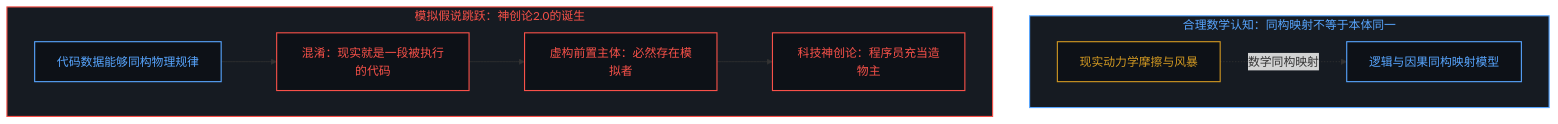
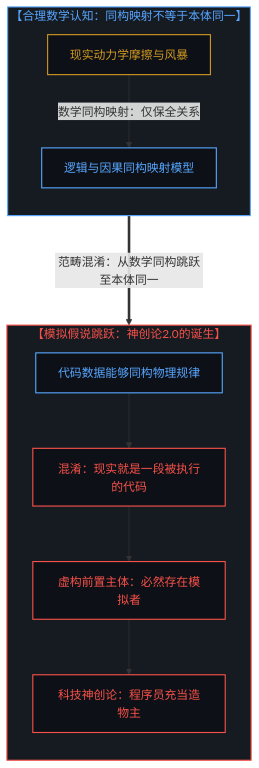
The third of 10 diagrams in content/posts/all-that-can-be-spoken-is-the-product-of-the-unspeakable.md (powerpig99/not-a-toe), drawn with Mermaid before and after one commit. The commit also changed other lines of this file and 1 other file, not shown here.

Commit message:
Convert Post #333 Mermaid diagrams to strictly vertical mobile-friendly top-down flow and add audit invariant

````diff
--- a/content/posts/all-that-can-be-spoken-is-the-product-of-the-unspeakable.md
+++ b/content/posts/all-that-can-be-spoken-is-the-product-of-the-unspeakable.md
@@ -83,25 +91,29 @@
 ```mermaid
 graph TD
     classDef default fill:#0d1117,stroke:#30363d,stroke-width:1px,color:#f0f6fc;
     classDef mind fill:#0d1117,stroke:#3fb950,stroke-width:1.5px,color:#3fb950;
     classDef failure fill:#0d1117,stroke:#f85149,stroke-width:1.5px,color:#f85149;
     classDef scaffold fill:#0d1117,stroke:#d29922,stroke-width:1.5px,color:#d29922;
     classDef model fill:#0d1117,stroke:#58a6ff,stroke-width:1.5px,color:#58a6ff;
 
-    subgraph S_Isomorphism ["合理数学认知：同构映射不等于本体同一"]
+    subgraph S_Isomorphism ["【合理数学认知：同构映射不等于本体同一】"]
+        direction TB
         I1["现实动力学摩擦与风暴"]:::scaffold
         I2["逻辑与因果同构映射模型"]:::model
-        I1 -.->|"数学同构映射"| I2
+        I1 -->|"数学同构映射：仅保全关系"| I2
     end
 
-    subgraph S_Collapse ["模拟假说跳跃：神创论2.0的诞生"]
+    subgraph S_Collapse ["【模拟假说跳跃：神创论2.0的诞生】"]
+        direction TB
         C1["代码数据能够同构物理规律"]:::model
         C2["混淆：现实就是一段被执行的代码"]:::failure
         C3["虚构前置主体：必然存在模拟者"]:::failure
         C4["科技神创论：程序员充当造物主"]:::failure
         C1 --> C2 --> C3 --> C4
     end
 
+    I2 ===>|"范畴混淆：从数学同构跳跃至本体同一"| C1
+
     style S_Isomorphism fill:#161b22,stroke:#58a6ff,stroke-width:1.5px,color:#58a6ff
     style S_Collapse fill:#161b22,stroke:#f85149,stroke-width:1.5px,color:#f85149
 ```
````
